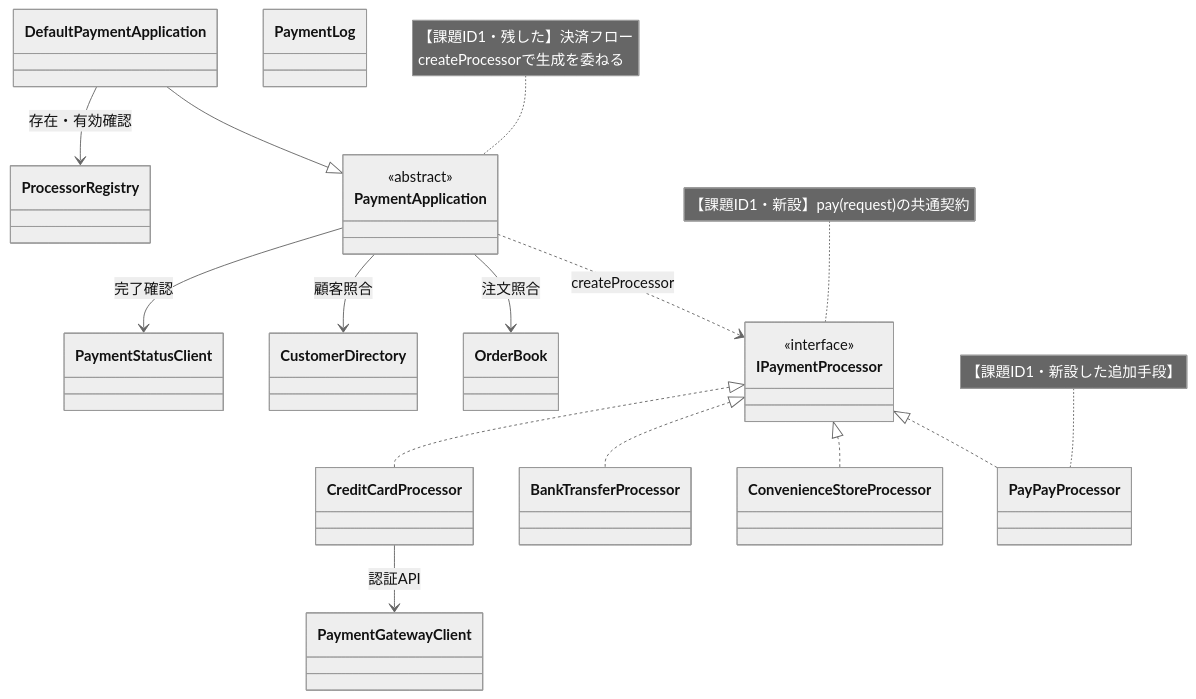
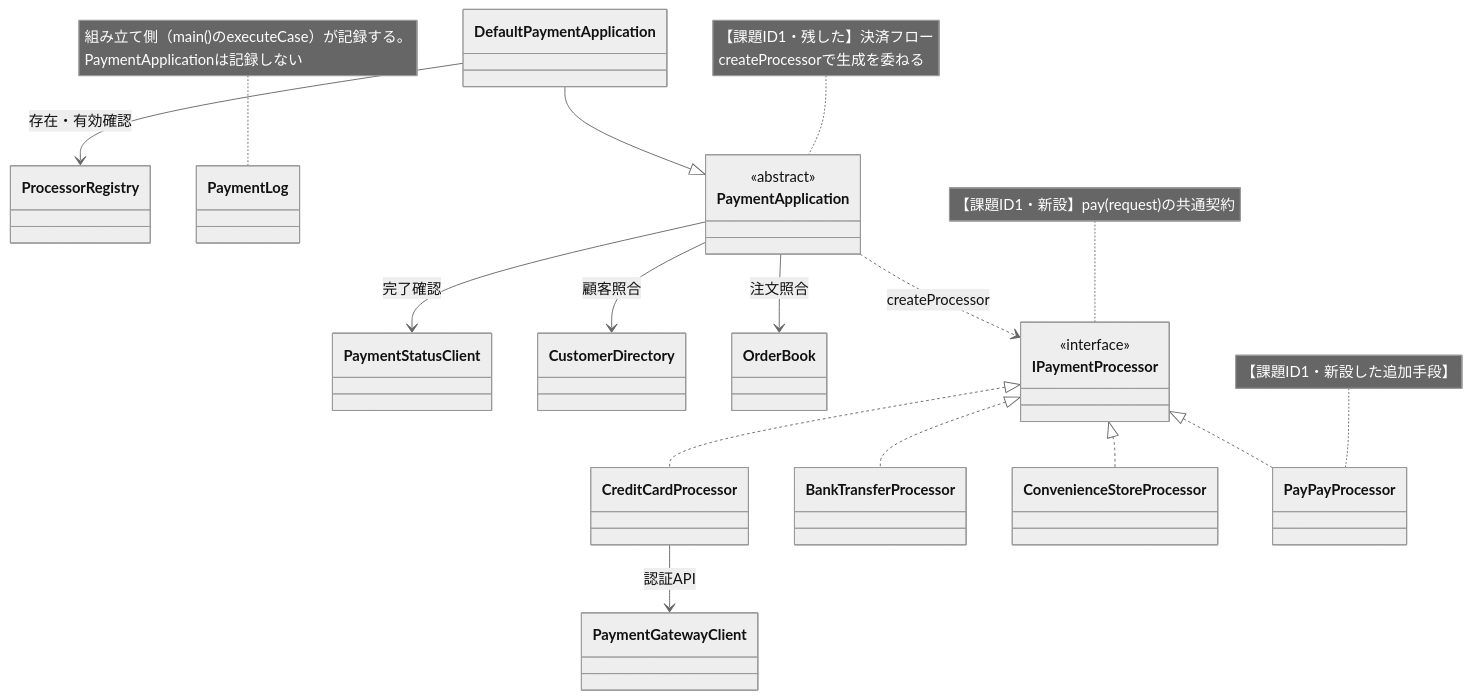
One commit to kumachan1101-pixel/DesignPattern changed diagram 11 of 17 in kindle/design-patterns/output/chapter08.md. Above: the diagram before and after it, drawn with Mermaid (neutral theme). The commit also changed other lines of this file, not shown here.

````diff
--- a/kindle/design-patterns/output/chapter08.md
+++ b/kindle/design-patterns/output/chapter08.md
@@ -2147,37 +2149,38 @@
 ```mermaid
 classDiagram
     class DefaultPaymentApplication
     class PaymentGatewayClient
     class PaymentStatusClient
     class ProcessorRegistry
     class PaymentLog
     class CustomerDirectory
     class OrderBook
     class PaymentApplication {
         <<abstract>>
     }
     class IPaymentProcessor { <<interface>> }
     class CreditCardProcessor
     class BankTransferProcessor
     class ConvenienceStoreProcessor
     class PayPayProcessor
 
     PaymentApplication ..> IPaymentProcessor : createProcessor
     IPaymentProcessor <|.. CreditCardProcessor
     IPaymentProcessor <|.. BankTransferProcessor
     IPaymentProcessor <|.. ConvenienceStoreProcessor
     IPaymentProcessor <|.. PayPayProcessor
     DefaultPaymentApplication --> ProcessorRegistry : 存在・有効確認
     PaymentApplication --> PaymentStatusClient : 完了確認
     DefaultPaymentApplication --|> PaymentApplication
     CreditCardProcessor --> PaymentGatewayClient : 認証API
     PaymentApplication --> CustomerDirectory : 顧客照合
     PaymentApplication --> OrderBook : 注文照合
+    note for PaymentLog "組み立て側（main()のexecuteCase）が記録する。<br/>PaymentApplicationは記録しない"
 
     note for IPaymentProcessor "【課題ID1・新設】pay(request)の共通契約"
     note for PaymentApplication "【課題ID1・残した】決済フロー<br/>createProcessorで生成を委ねる"
     note for PayPayProcessor "【課題ID1・新設した追加手段】"
 
     classDef focus fill:#FFF2CC,stroke:#D6B656,stroke-width:2px,color:#222222
     cssClass "IPaymentProcessor,CreditCardProcessor,BankTransferProcessor,ConvenienceStoreProcessor,PayPayProcessor,PaymentApplication" focus
 ```
````
